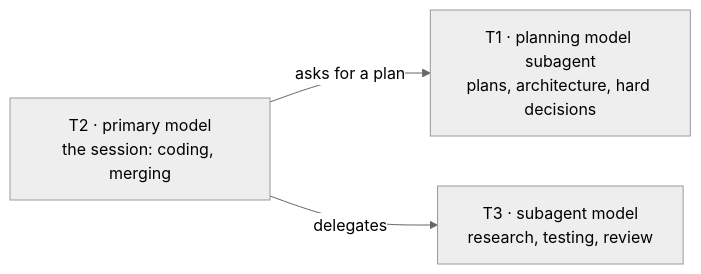
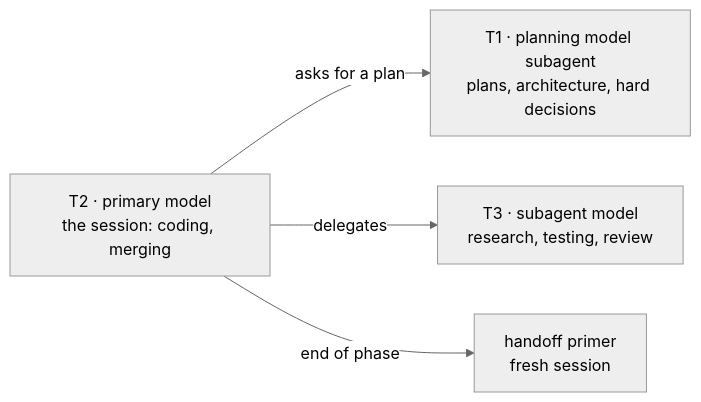
Before and after one commit to mattsilv/harness: the second of 2 diagrams in README.md, drawn with Mermaid (neutral theme). The commit also changed other lines of this file and 5 other files, not shown here.

````diff
--- a/README.md
+++ b/README.md
@@ -51,5 +59,6 @@
 ```mermaid
 flowchart LR
   T2["T2 · primary model<br>the session: coding, merging"] -->|asks for a plan| T1["T1 · planning model subagent<br>plans, architecture, hard decisions"]
   T2 -->|delegates| T3["T3 · subagent model<br>research, testing, review"]
+  T2 -->|end of phase| H["handoff primer<br>fresh session"]
 ```
````
